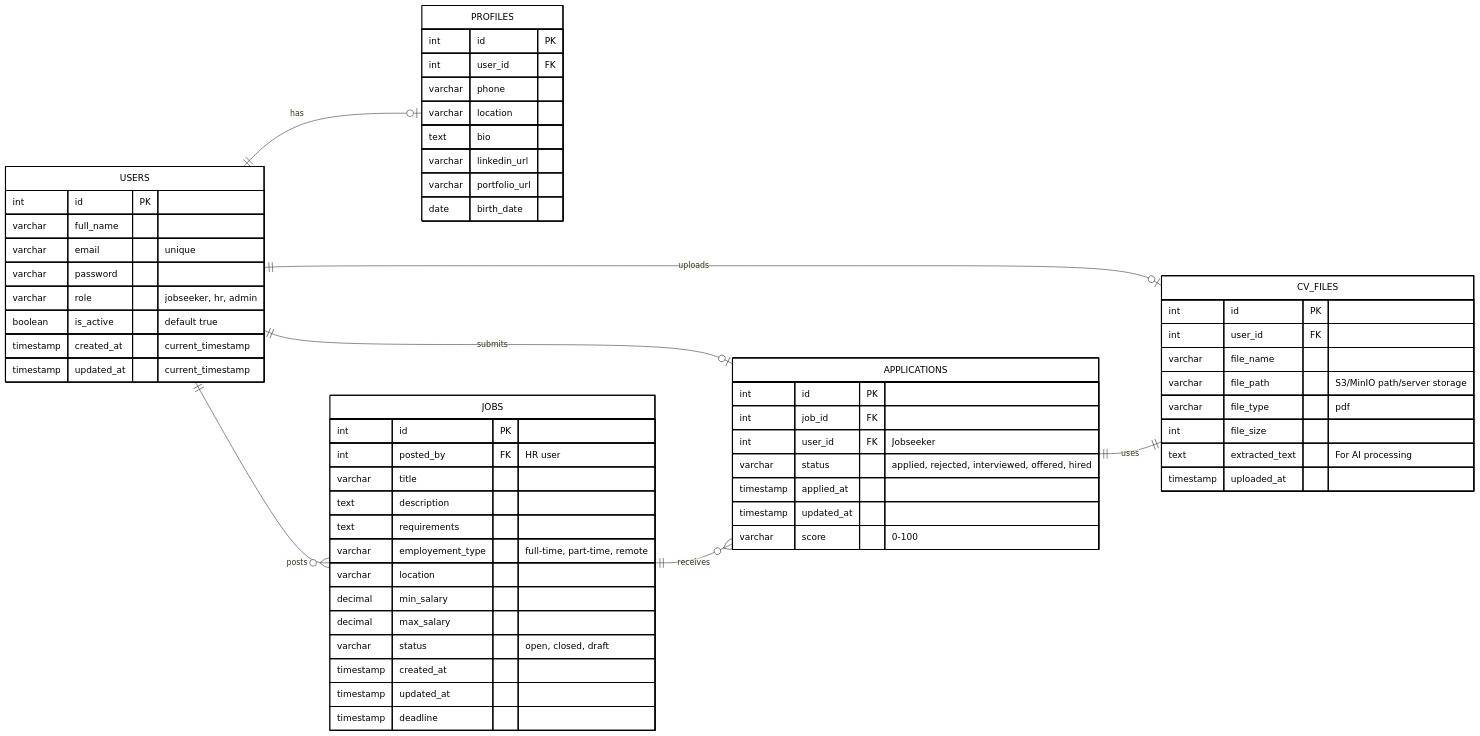
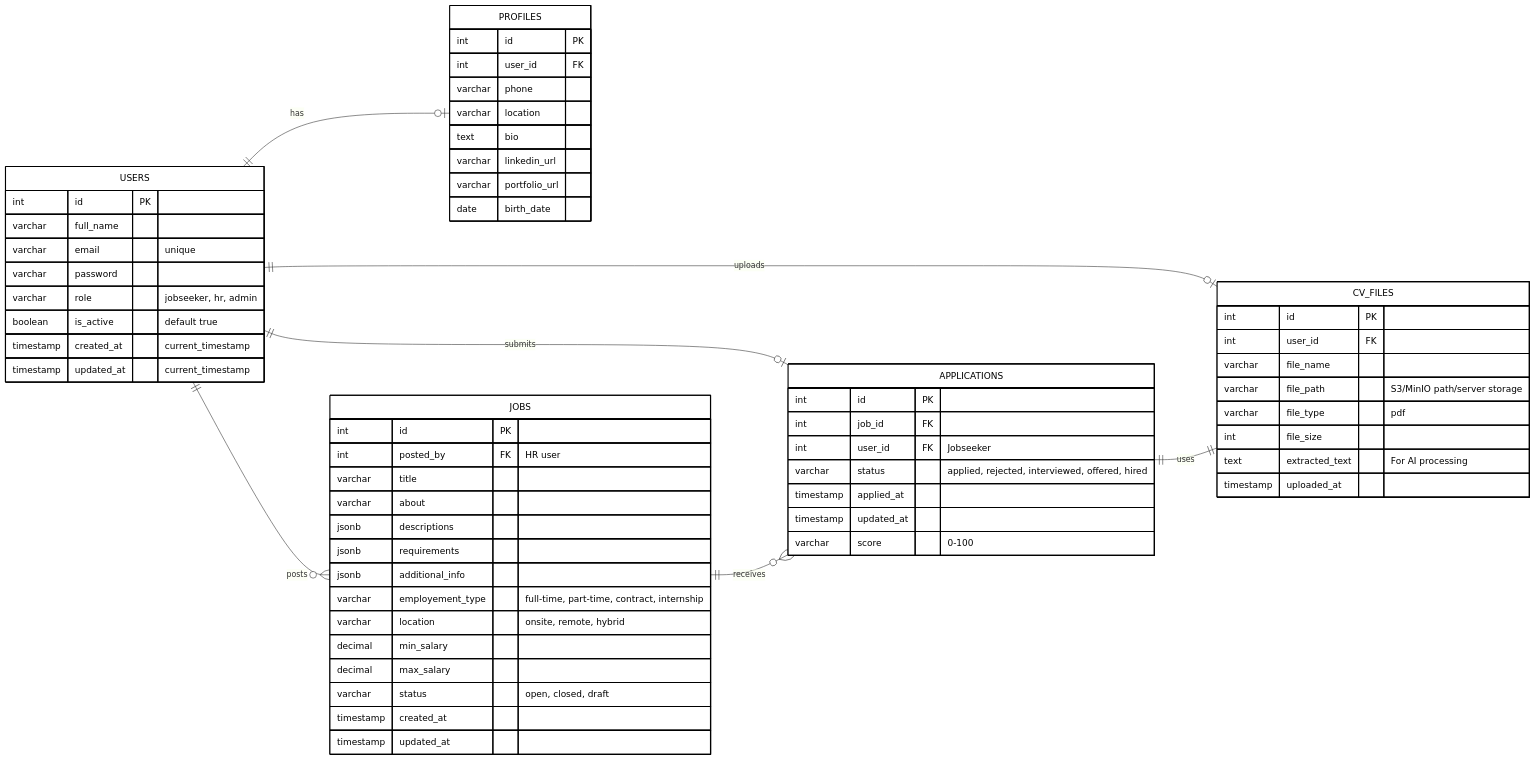
One commit to sepsarip/ats-project changed the diagram in erd.mermaid. Above: the diagram before and after it, drawn with Mermaid. The commit also changed 8 other files, not shown here.

```diff
--- a/erd.mermaid
+++ b/erd.mermaid
@@ -1,88 +1,89 @@
 erDiagram
     direction LR
     %% ==========================================
     %% USERS & AUTHENTICATION
     %% ==========================================
     USERS {
         int id PK
         varchar full_name
         varchar email "unique"
         varchar password
         varchar role "jobseeker, hr, admin"
         boolean is_active "default true"
         timestamp created_at "current_timestamp"
         timestamp updated_at "current_timestamp"
     }
 
     PROFILES {
         int id PK
         int user_id FK
         varchar phone
         varchar location
         text bio
         varchar linkedin_url
         varchar portfolio_url
         date birth_date
     }
 
     %% ==========================================
     %% JOB POSTINGS
     %% ==========================================
     JOBS {
         int id PK
         int posted_by FK "HR user"
         varchar title
-        text description
-        text requirements
-        varchar employement_type "full-time, part-time, remote"
-        varchar location
+        varchar about
+        jsonb descriptions
+        jsonb requirements
+        jsonb additional_info
+        varchar employement_type "full-time, part-time, contract, internship"
+        varchar location "onsite, remote, hybrid"
         decimal min_salary
         decimal max_salary
         varchar status "open, closed, draft"
         timestamp created_at
         timestamp updated_at
-        timestamp deadline
     }
 
     %% ==========================================
     %% CANDIDATES & APPLICATIONS
     %% ==========================================
     APPLICATIONS {
         int id PK
         int job_id FK
         int user_id FK "Jobseeker"
         varchar status "applied, rejected, interviewed, offered, hired"
         timestamp applied_at
         timestamp updated_at
         varchar score "0-100"
     }
 
     %% ==========================================
     %% CV/RESUME STORAGE
     %% ==========================================
     CV_FILES {
         int id PK
         int user_id FK
         varchar file_name
         varchar file_path "S3/MinIO path/server storage"
         varchar file_type "pdf"
         int file_size
         text extracted_text "For AI processing"
         timestamp uploaded_at
     }
 
     %% ==========================================
     %% RELATIONSHIPS
     %% ==========================================
     USERS ||--o| PROFILES : "has"
     USERS ||--o| APPLICATIONS : "submits"
     USERS ||--o| CV_FILES : "uploads"
     USERS ||--o{ JOBS : "posts"
     JOBS ||--o{ APPLICATIONS : "receives"
     APPLICATIONS ||--|| CV_FILES : "uses"
 
     %% ==========================================
     %% STYLING (Background Putih, Garis Hitam, Text Hitam)
     %% ==========================================
     classDef default fill:#FFFFFF,stroke:#000000,stroke-width:2px,color:#000000
     class USER,PROFILES,SOBS,APPLICATIONS,CV_FILES default
```
